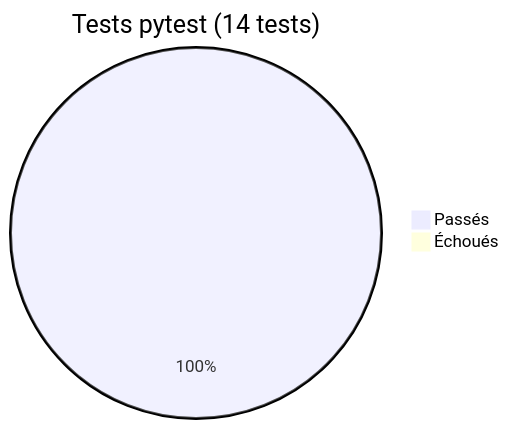
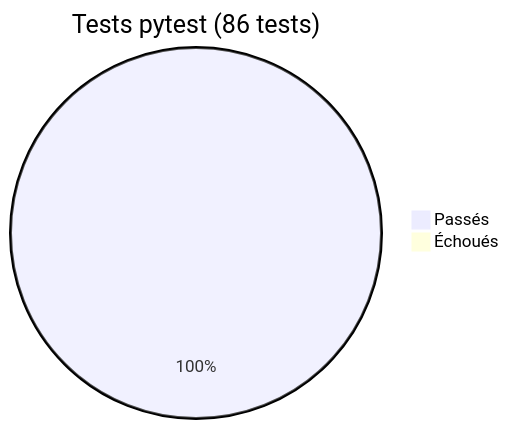
The seventh of 9 diagrams in README.md (omarbabba779xx/LLM-Security-Lab), drawn with Mermaid before and after one commit. The commit also changed other lines of this file and 22 other files, not shown here.

````diff
--- a/README.md
+++ b/README.md
@@ -491,5 +540,5 @@
 ```mermaid
-pie title Tests pytest (14 tests)
-    "Passés" : 14
+pie title Tests pytest (86 tests)
+    "Passés" : 86
     "Échoués" : 0
 ```
````
